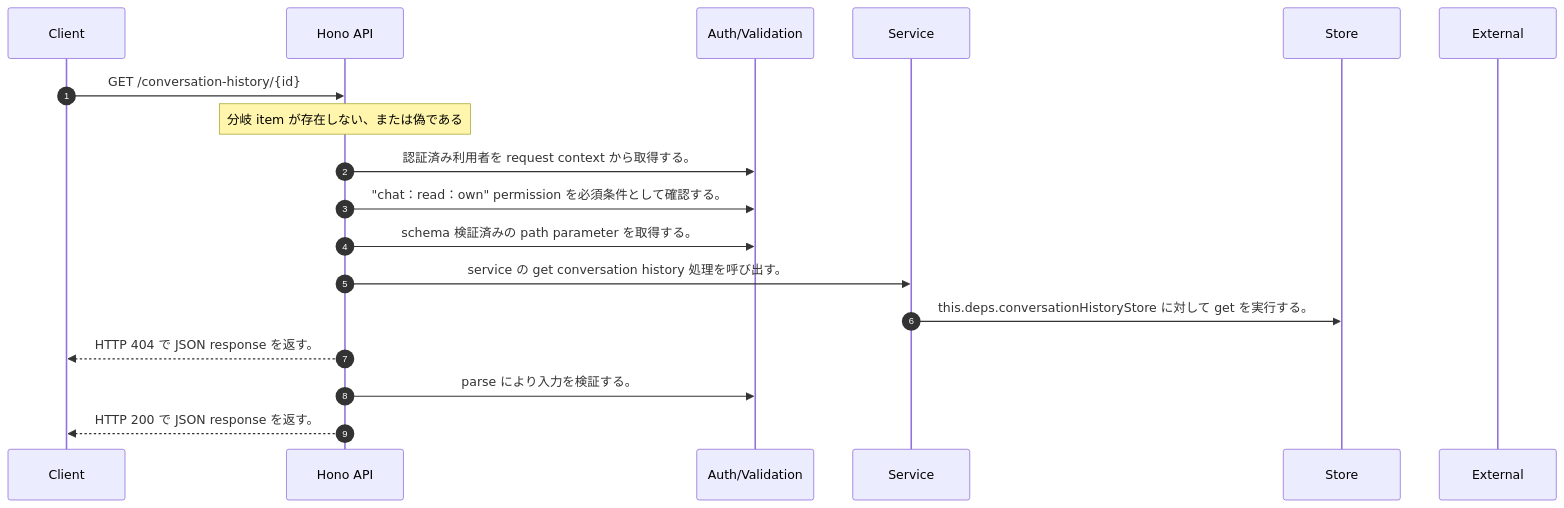
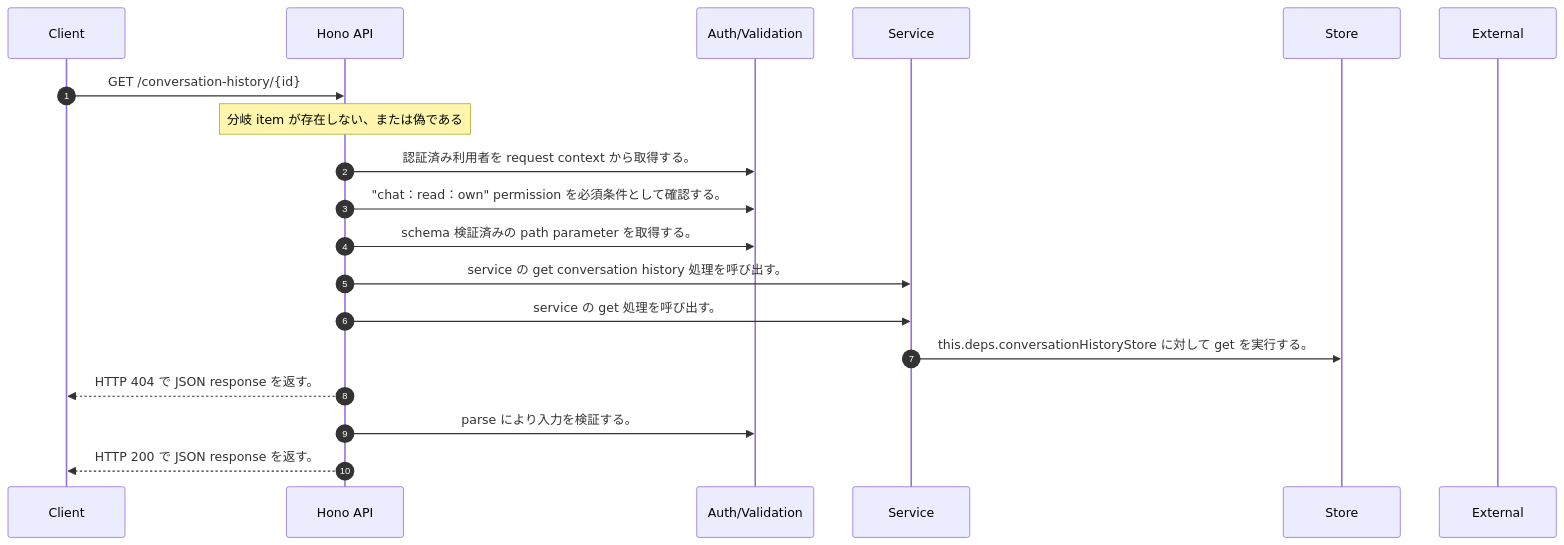
Before and after one commit to tsuji-tomonori/rag-assist: the diagram in docs/generated/api-code/get-conversation-history-id/sequence_gen.md, drawn with Mermaid. The commit also changed other lines of this file and 306 other files, not shown here.

````diff
--- a/docs/generated/api-code/get-conversation-history-id/sequence_gen.md
+++ b/docs/generated/api-code/get-conversation-history-id/sequence_gen.md
@@ -7,20 +7,21 @@
 ```mermaid
 sequenceDiagram
   autonumber
   participant Client as Client
   participant API as Hono API
   participant Auth as Auth/Validation
   participant Service as Service
   participant Store as Store
   participant External as External
   Client->>API: GET /conversation-history/{id}
   Note over API: 分岐 item が存在しない、または偽である
   API->>Auth: 認証済み利用者を request context から取得する。
   API->>Auth: "chat：read：own" permission を必須条件として確認する。
   API->>Auth: schema 検証済みの path parameter を取得する。
   API->>Service: service の get conversation history 処理を呼び出す。
+  API->>Service: service の get 処理を呼び出す。
   Service->>Store: this.deps.conversationHistoryStore に対して get を実行する。
   API-->>Client: HTTP 404 で JSON response を返す。
   API->>Auth: parse により入力を検証する。
   API-->>Client: HTTP 200 で JSON response を返す。
 ```
````
